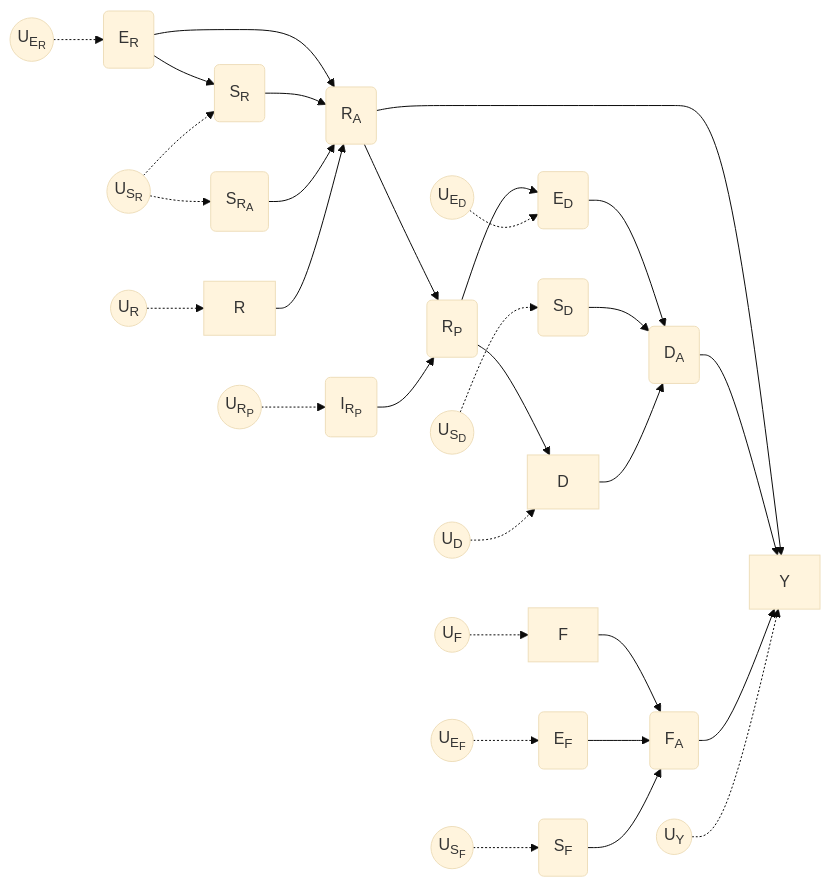
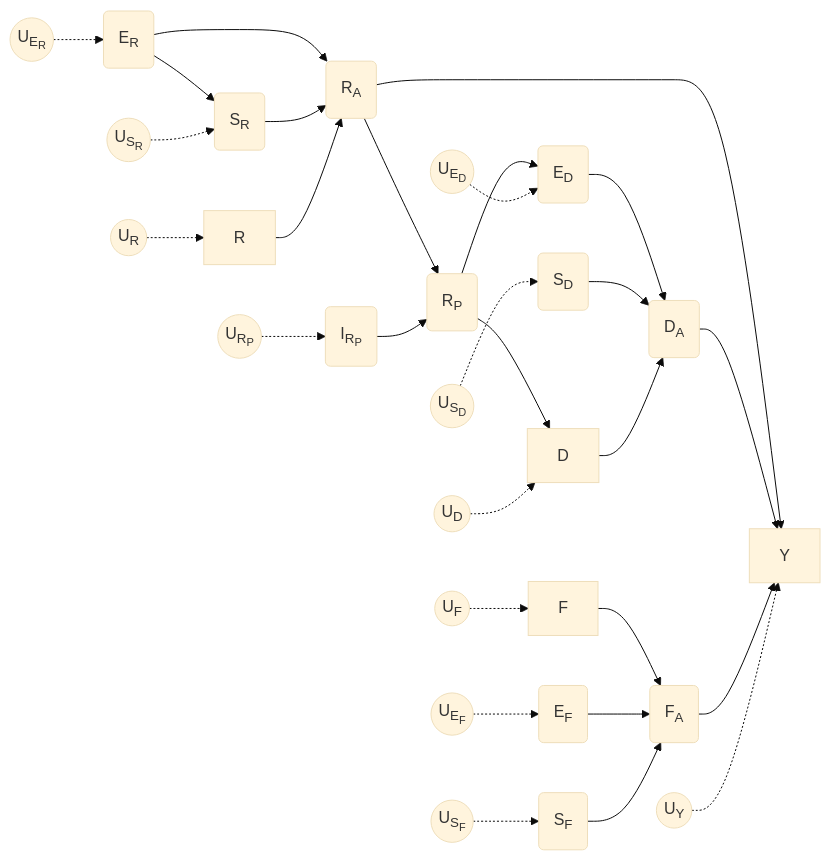
Before and after one commit to maj-biostat/roadmap-sim: the fourth of 4 diagrams in notebooks/design-notes.qmd, drawn with Mermaid. The commit also changed other lines of this file, not shown here.

````diff
--- a/notebooks/design-notes.qmd
+++ b/notebooks/design-notes.qmd
@@ -1411,41 +1410,39 @@
 ```{mermaid}
 %%| label: fig-scenario-4
 %%| fig-cap: Scenario 4, the $U$ denote independent exogenous variables, 
 %%{
   init:{
     "flowchart":{"htmlLabels": "true"},
     "securityLevel": "loose",
     "theme": "base"
 }}%%
 flowchart LR
   ER(E<sub>R) --> RA(R<sub>A) 
   ER --> SR(S<sub>R)
   ED(E<sub>D) --> DA(D<sub>A) 
   SR --> RA 
-  SRA(S<sub>R<sub>A) --> RA
   SD(S<sub>D) --> DA 
   R --> RA
   RA --> RP(R<sub>P) 
   IRP(I<sub>R<sub>P) --> RP
   RA --> Y
   RP --> D
   RP --> ED
   D --> DA(D<sub>A)
   DA --> Y
   F --> FA(F<sub>A)
   EF(E<sub>F) --> FA
   SF(S<sub>F) --> FA 
   FA --> Y
   UER((U<sub>E<sub>R)) -.-> ER
   UED((U<sub>E<sub>D)) -.-> ED
   UEF((U<sub>E<sub>F)) -.-> EF
   UF((U<sub>F)) -.-> F
   URP((U<sub>R<sub>P)) -.-> IRP
   UD((U<sub>D)) -.-> D
   USR((U<sub>S<sub>R)) -.-> SR
-  USR((U<sub>S<sub>R)) -.-> SRA
   UR((U<sub>R)) -.-> R
   USD((U<sub>S<sub>D)) -.-> SD
   USF((U<sub>S<sub>F)) -.-> SF
   UY((U<sub>Y)) -.-> Y
 ```
````
